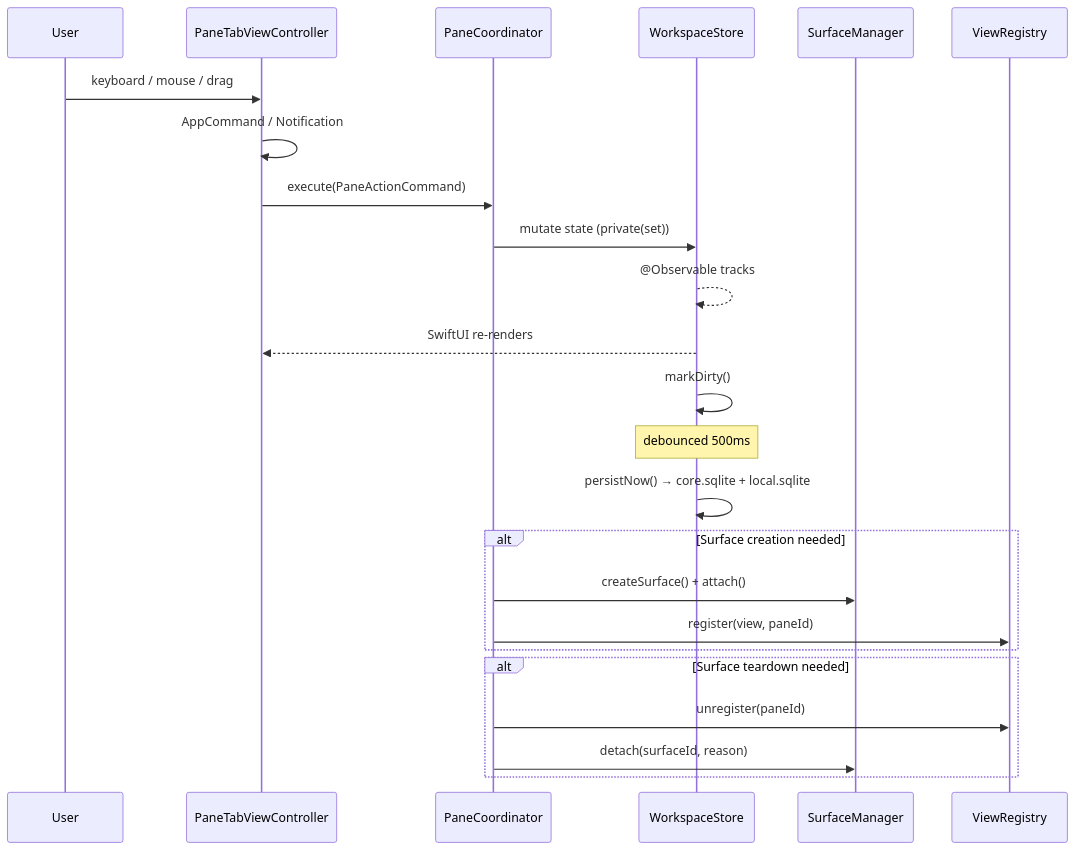
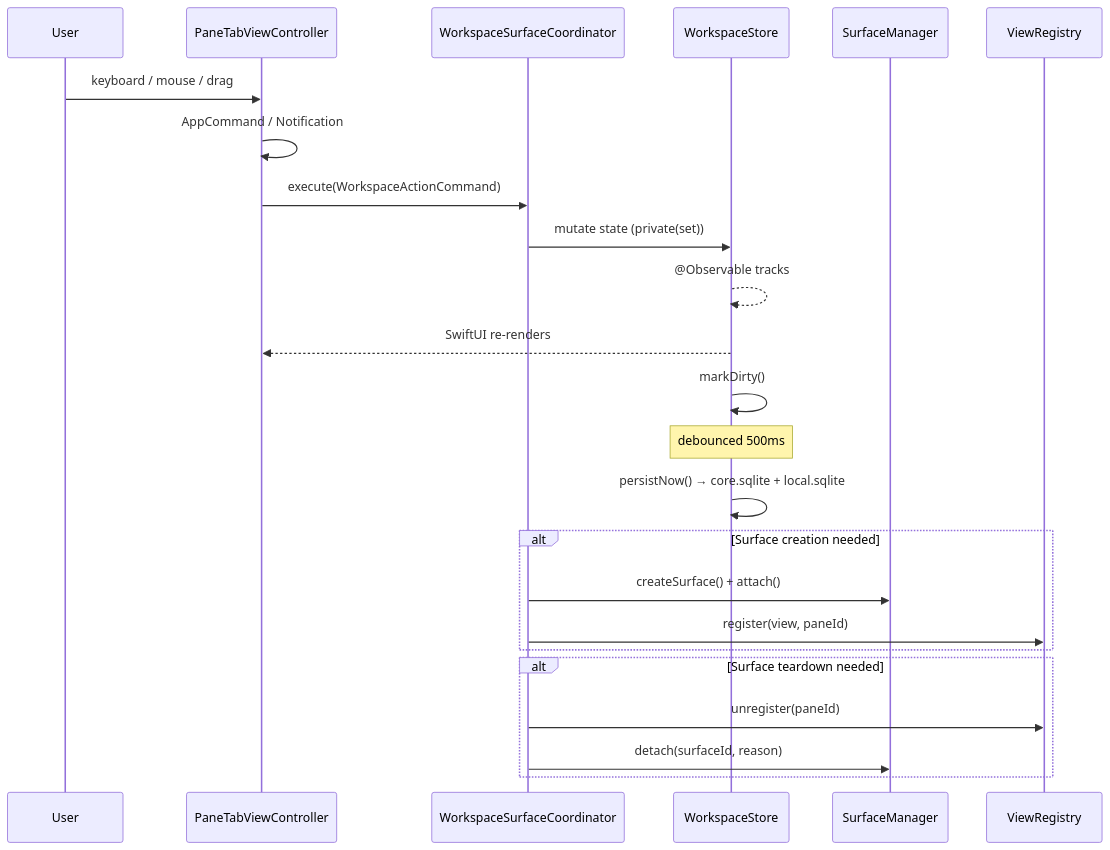
One commit to ShravanSunder/agentstudio changed the second of 3 diagrams in docs/architecture/component_architecture.md. Above: the diagram before and after it, drawn with Mermaid. The commit also changed other lines of this file and 210 other files, not shown here.

````diff
--- a/docs/architecture/component_architecture.md
+++ b/docs/architecture/component_architecture.md
@@ -922,29 +922,29 @@
 ```mermaid
 sequenceDiagram
     participant User
     participant PaneTabViewController
-    participant PC as PaneCoordinator
+    participant PC as WorkspaceSurfaceCoordinator
     participant Store as WorkspaceStore
     participant SM as SurfaceManager
     participant VR as ViewRegistry
 
     User->>PaneTabViewController: keyboard / mouse / drag
     PaneTabViewController->>PaneTabViewController: AppCommand / Notification
-    PaneTabViewController->>PC: execute(PaneActionCommand)
+    PaneTabViewController->>PC: execute(WorkspaceActionCommand)
     PC->>Store: mutate state (private(set))
     Store-->>Store: @Observable tracks
     Store-->>PaneTabViewController: SwiftUI re-renders
     Store->>Store: markDirty()
     Note over Store: debounced 500ms
     Store->>Store: persistNow() → core.sqlite + local.sqlite
 
     alt Surface creation needed
         PC->>SM: createSurface() + attach()
         PC->>VR: register(view, paneId)
     end
 
     alt Surface teardown needed
         PC->>VR: unregister(paneId)
         PC->>SM: detach(surfaceId, reason)
     end
 ```
````
